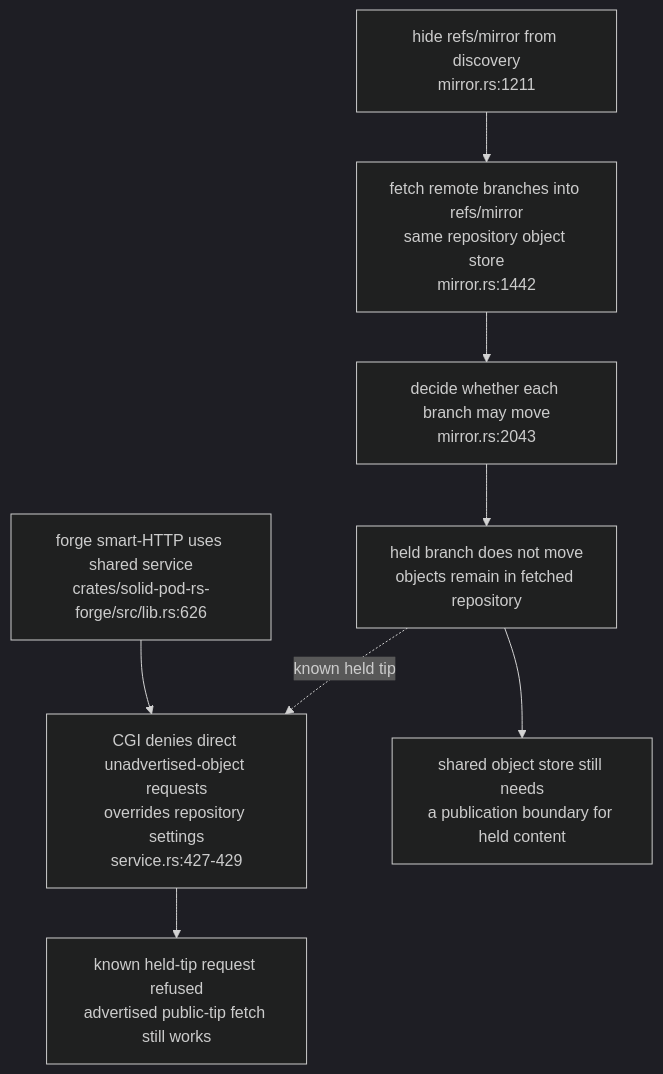
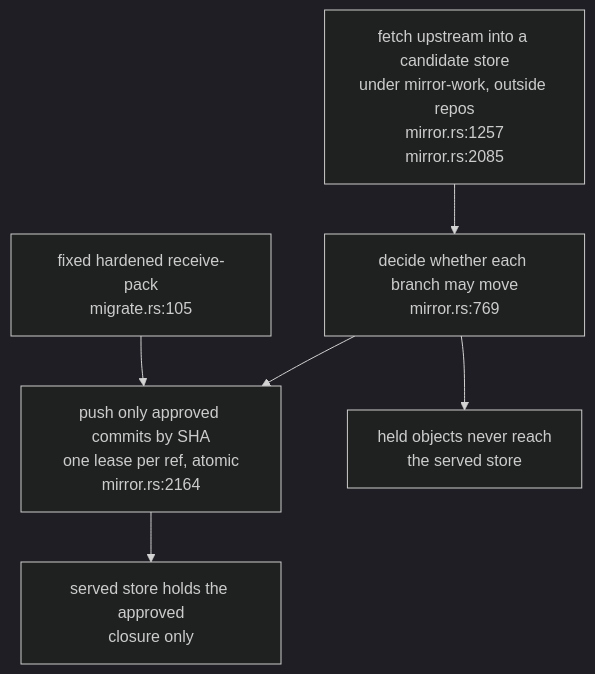
Before and after one commit to DreamLab-AI/VisionFlow: the third of 4 diagrams in docs/diagrams/solid-pod-rs/14-git-export-boundaries.md, drawn with Mermaid (dark theme). The commit also changed other lines of this file and 2 other files, not shown here.

First line of the commit message:
docs(diagrams): SP-14 restamped at solid-pod-rs 9b6143c, mirror publication panels

````diff
--- a/docs/diagrams/solid-pod-rs/14-git-export-boundaries.md
+++ b/docs/diagrams/solid-pod-rs/14-git-export-boundaries.md
@@ -57,15 +59,12 @@
 ```mermaid
 flowchart TD
-    HIDE["hide refs/mirror from discovery<br/>mirror.rs:1211"]
-    FETCH["fetch remote branches into refs/mirror<br/>same repository object store<br/>mirror.rs:1442"]
-    VERDICT["decide whether each branch may move<br/>mirror.rs:2043"]
-    HELD["held branch does not move<br/>objects remain in fetched repository"]
-    HTTP["forge smart-HTTP uses shared service<br/>crates/solid-pod-rs-forge/src/lib.rs:626"]
-    CONFIG["CGI denies direct unadvertised-object requests<br/>overrides repository settings<br/>service.rs:427-429"]
-    WANT["known held-tip request refused<br/>advertised public-tip fetch still works"]
-    LIMIT["shared object store still needs<br/>a publication boundary for held content"]
-    HIDE --> FETCH --> VERDICT --> HELD
-    HTTP --> CONFIG --> WANT
-    HELD -. "known held tip" .-> CONFIG
-    HELD --> LIMIT
+    FETCH["fetch upstream into a candidate store<br/>under mirror-work, outside repos<br/>mirror.rs:1257<br/>mirror.rs:2085"]
+    VERDICT["decide whether each branch may move<br/>mirror.rs:769"]
+    PUBLISH["push only approved commits by SHA<br/>one lease per ref, atomic<br/>mirror.rs:2164"]
+    RP["fixed hardened receive-pack<br/>migrate.rs:105"]
+    SERVED["served store holds the approved<br/>closure only"]
+    HELD["held objects never reach<br/>the served store"]
+    FETCH --> VERDICT --> PUBLISH --> SERVED
+    RP --> PUBLISH
+    VERDICT --> HELD
 ```
````
